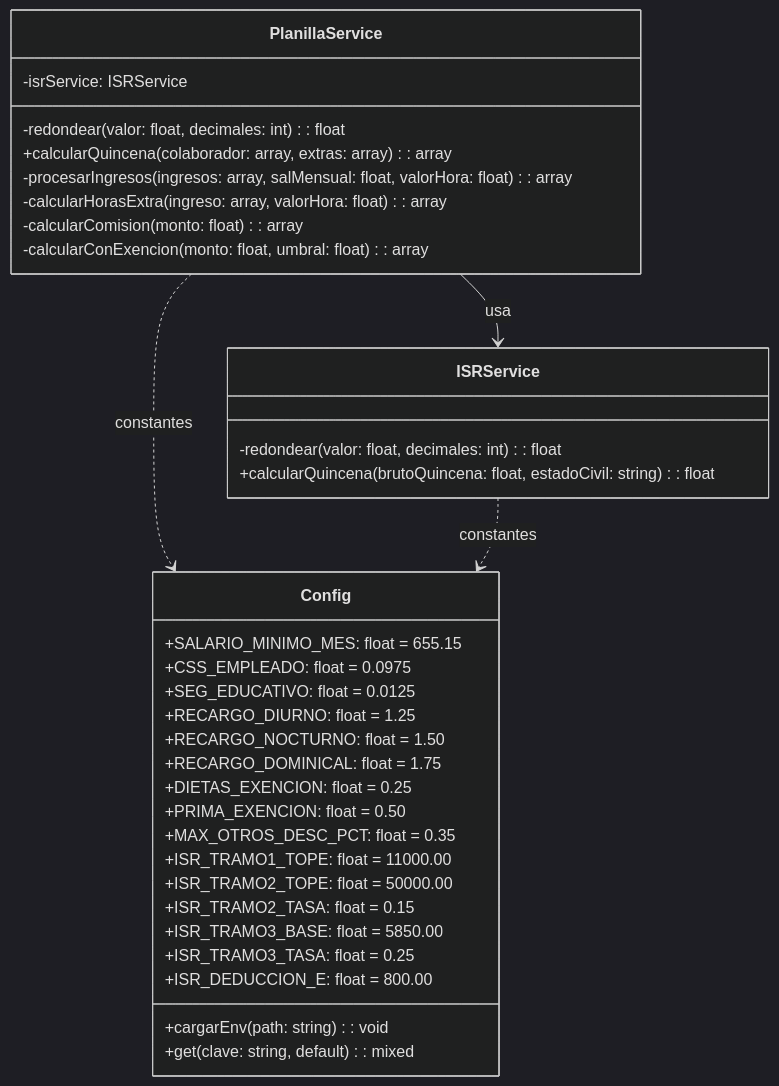
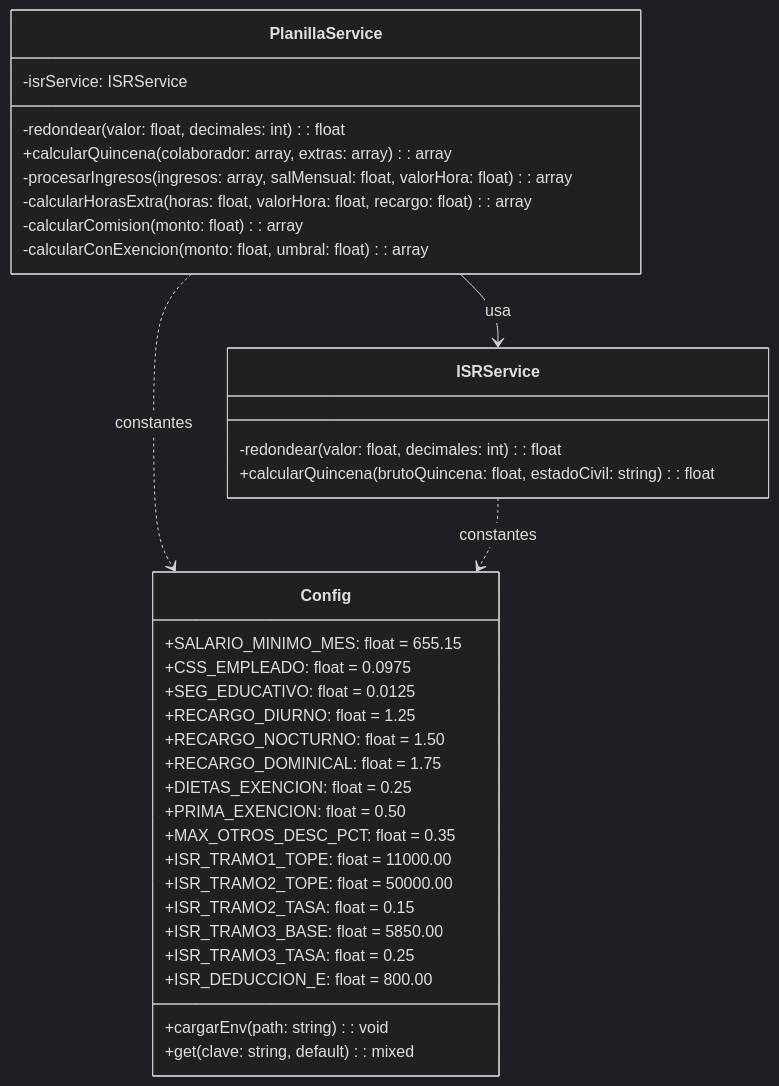
The first of 2 diagrams in docs/services/PlanillaServices.md (1997-bit/proyecto-contabilidad), drawn with Mermaid (dark theme) before and after one commit. The commit also changed other lines of this file and 43 other files, not shown here.

````diff
--- a/docs/services/PlanillaServices.md
+++ b/docs/services/PlanillaServices.md
@@ -10,41 +10,41 @@
 ```mermaid
 classDiagram
     class Config {
         +SALARIO_MINIMO_MES: float = 655.15
         +CSS_EMPLEADO: float = 0.0975
         +SEG_EDUCATIVO: float = 0.0125
         +RECARGO_DIURNO: float = 1.25
         +RECARGO_NOCTURNO: float = 1.50
         +RECARGO_DOMINICAL: float = 1.75
         +DIETAS_EXENCION: float = 0.25
         +PRIMA_EXENCION: float = 0.50
         +MAX_OTROS_DESC_PCT: float = 0.35
         +ISR_TRAMO1_TOPE: float = 11000.00
         +ISR_TRAMO2_TOPE: float = 50000.00
         +ISR_TRAMO2_TASA: float = 0.15
         +ISR_TRAMO3_BASE: float = 5850.00
         +ISR_TRAMO3_TASA: float = 0.25
         +ISR_DEDUCCION_E: float = 800.00
         +cargarEnv(path: string): void
         +get(clave: string, default): mixed
     }
 
     class ISRService {
         -redondear(valor: float, decimales: int): float
         +calcularQuincena(brutoQuincena: float, estadoCivil: string): float
     }
 
     class PlanillaService {
         -isrService: ISRService
         -redondear(valor: float, decimales: int): float
         +calcularQuincena(colaborador: array, extras: array): array
         -procesarIngresos(ingresos: array, salMensual: float, valorHora: float): array
-        -calcularHorasExtra(ingreso: array, valorHora: float): array
+        -calcularHorasExtra(horas: float, valorHora: float, recargo: float): array
         -calcularComision(monto: float): array
         -calcularConExencion(monto: float, umbral: float): array
     }
 
     PlanillaService --> ISRService : usa
     PlanillaService ..> Config : constantes
     ISRService ..> Config : constantes
 ```
````
